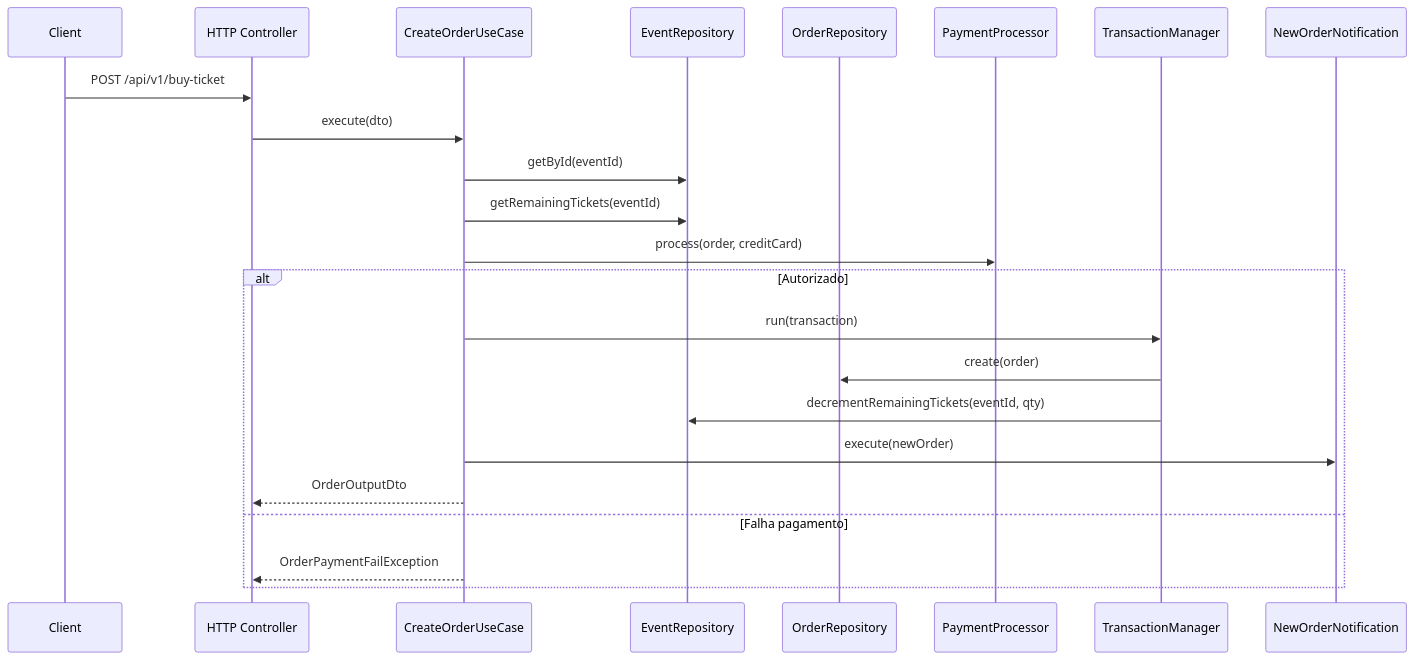
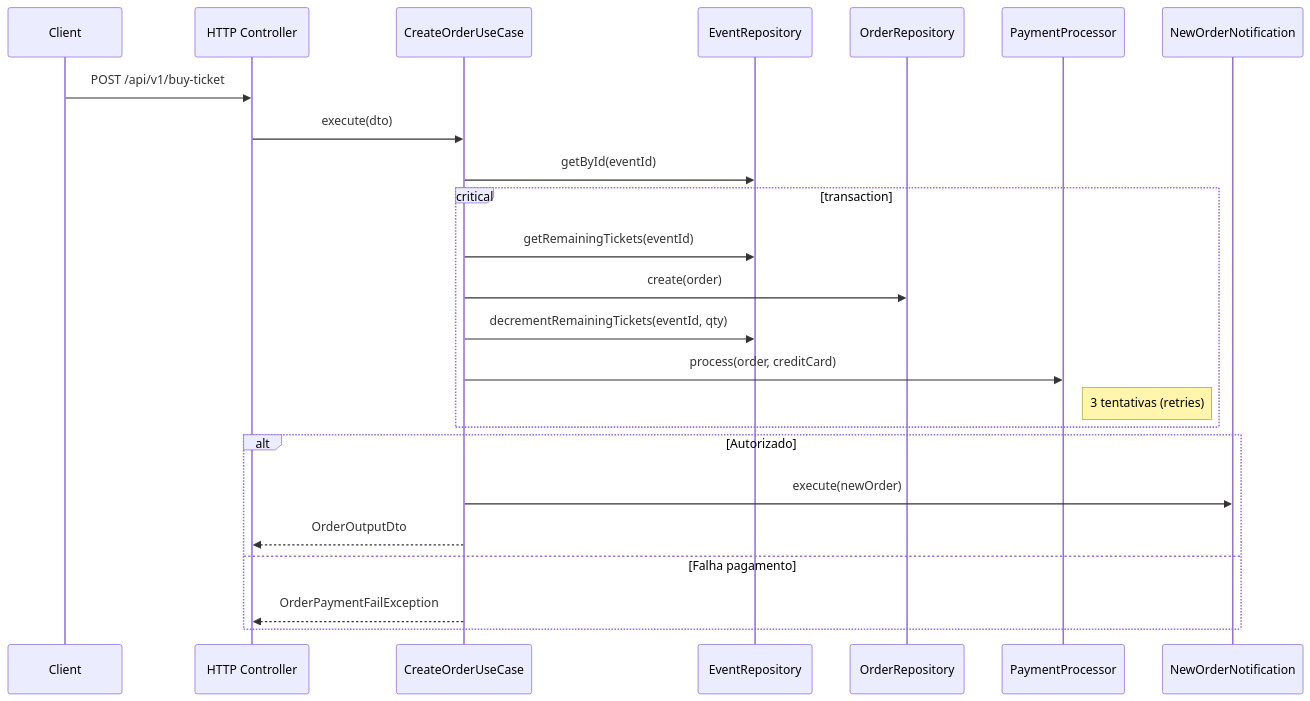
Before and after one commit to davimatos/event-hub: the third of 4 diagrams in README.md, drawn with Mermaid. The commit also changed other lines of this file, not shown here.

Commit message:
docs: ajustando diagramas no readme

````diff
--- a/README.md
+++ b/README.md
@@ -162,26 +164,29 @@
 ```mermaid
 sequenceDiagram
   participant C as Client
   participant API as HTTP Controller
   participant UC as CreateOrderUseCase
   participant ER as EventRepository
   participant OR as OrderRepository
   participant PP as PaymentProcessor
-  participant TM as TransactionManager
   participant NS as NewOrderNotification
 
   C->>API: POST /api/v1/buy-ticket
   API->>UC: execute(dto)
   UC->>ER: getById(eventId)
-  UC->>ER: getRemainingTickets(eventId)
-  UC->>PP: process(order, creditCard)
+  
+  critical transaction
+    UC->>ER: getRemainingTickets(eventId)
+    UC->>OR: create(order)
+    UC->>ER: decrementRemainingTickets(eventId, qty)
+    UC->>PP: process(order, creditCard)
+    note right of PP: 3 tentativas (retries)
+  end
+  
   alt Autorizado
-    UC->>TM: run(transaction)
-    TM->>OR: create(order)
-    TM->>ER: decrementRemainingTickets(eventId, qty)
     UC->>NS: execute(newOrder)
     UC-->>API: OrderOutputDto
   else Falha pagamento
     UC-->>API: OrderPaymentFailException
   end
 ```
````
